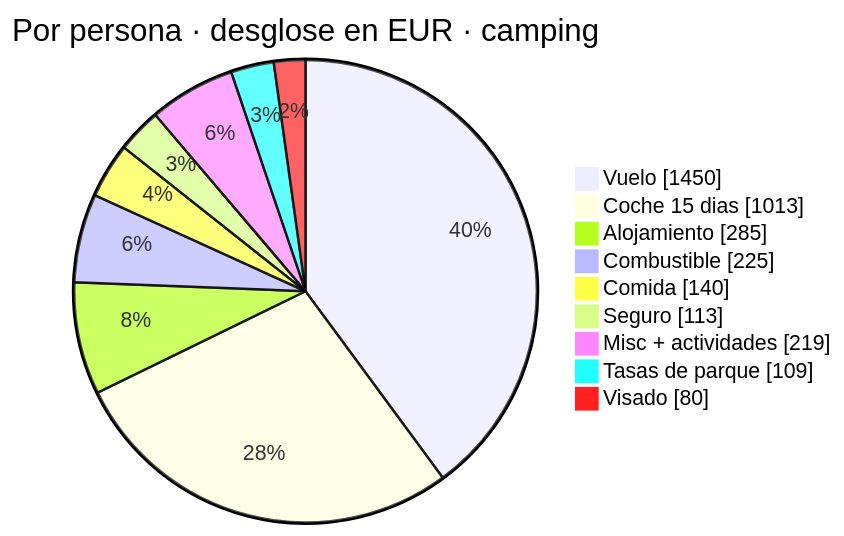
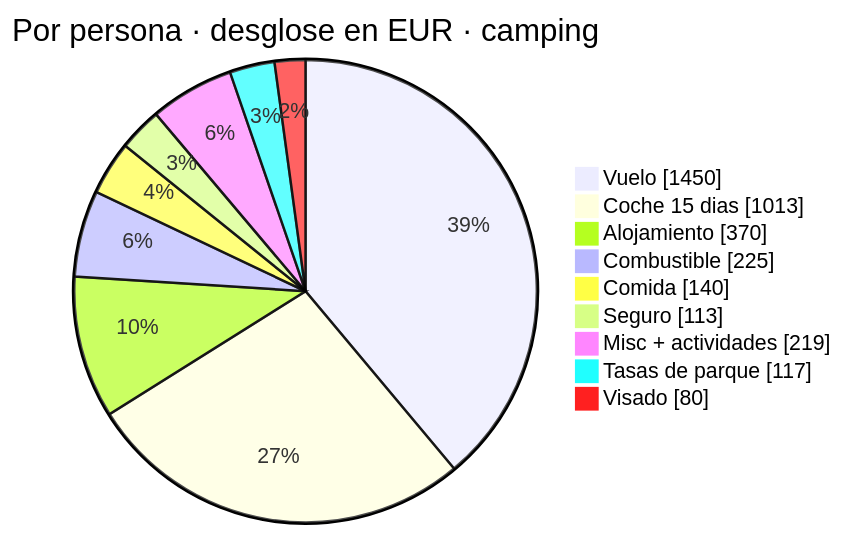
Before and after one commit to morandeirachema/namibia: the third of 6 diagrams in README.md, drawn with Mermaid. The commit also changed other lines of this file and 22 other files, not shown here.

````diff
--- a/README.md
+++ b/README.md
@@ -315,13 +319,13 @@
 ```mermaid
 pie showData
     title Por persona · desglose en EUR · camping
     "Vuelo" : 1450
     "Coche 15 dias" : 1013
-    "Alojamiento" : 285
+    "Alojamiento" : 370
     "Combustible" : 225
     "Comida" : 140
     "Seguro" : 113
     "Misc + actividades" : 219
-    "Tasas de parque" : 109
+    "Tasas de parque" : 117
     "Visado" : 80
 ```
````
